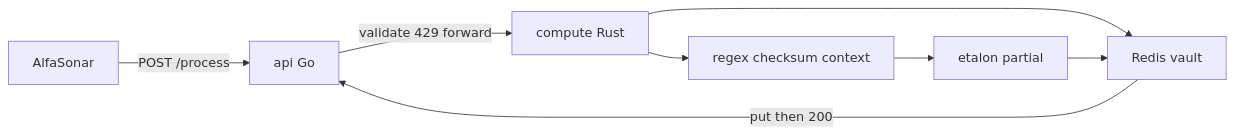
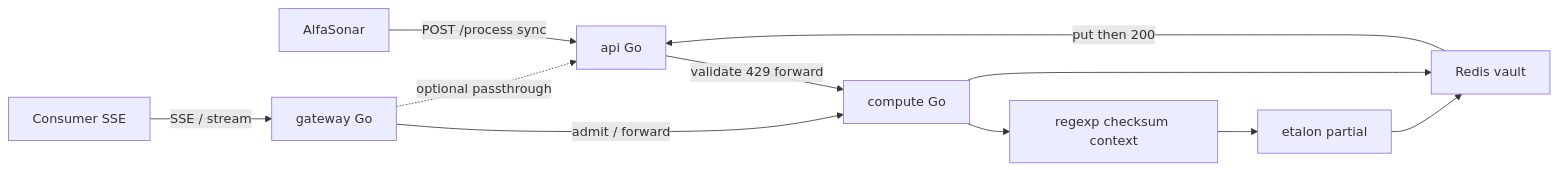
One commit to vladushka2000/balancer changed the diagram in plan.md. Above: the diagram before and after it, drawn with Mermaid. The commit also changed other lines of this file, not shown here.

Commit message:
Обновление плана: добавлен стек технологий, уточнены архитектурные слои и требования к сервису. Переписан `compute` на Go, добавлен `gateway` для SSE. Обновлены правила и порядок выполнения задач.

````diff
--- a/plan.md
+++ b/plan.md
@@ -41,10 +62,13 @@
 ```mermaid
 flowchart LR
-  Checker["AlfaSonar"] -->|"POST /process"| Api["api Go"]
-  Api -->|"validate 429 forward"| Compute["compute Rust"]
-  Compute --> Detect["regex checksum context"]
+  Checker["AlfaSonar"] -->|"POST /process sync"| Api["api Go"]
+  ClientSSE["Consumer SSE"] -->|"SSE / stream"| Gw["gateway Go"]
+  Api -->|"validate 429 forward"| Compute["compute Go"]
+  Gw -->|"admit / forward"| Compute
+  Gw -.->|"optional passthrough"| Api
+  Compute --> Detect["regexp checksum context"]
   Compute --> Store["Redis vault"]
   Detect --> Mask["etalon partial"]
   Mask --> Store
   Store -->|"put then 200"| Api
 ```
````
